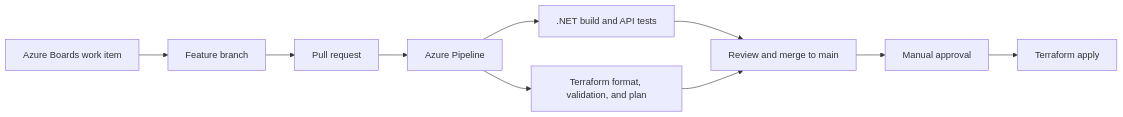
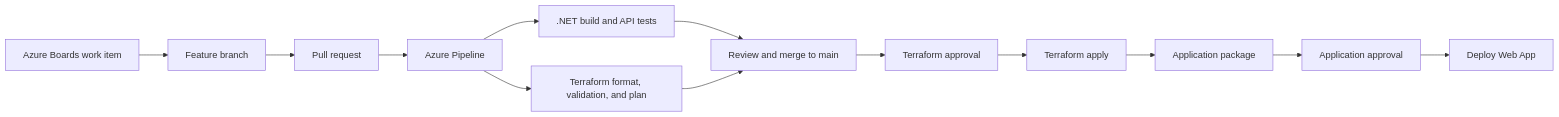
Before and after one commit to R-Cipher/azure-devops-lab: the diagram in README.md, drawn with Mermaid. The commit also changed other lines of this file and 1 other file, not shown here.

````diff
--- a/README.md
+++ b/README.md
@@ -17,12 +17,15 @@
 ```mermaid
 flowchart LR
     A["Azure Boards work item"] --> B["Feature branch"]
     B --> C["Pull request"]
     C --> D["Azure Pipeline"]
     D --> E[".NET build and API tests"]
     D --> F["Terraform format, validation, and plan"]
     E --> G["Review and merge to main"]
     F --> G
-    G --> H["Manual approval"]
+    G --> H["Terraform approval"]
     H --> I["Terraform apply"]
+    I --> J["Application package"]
+    J --> K["Application approval"]
+    K --> L["Deploy Web App"]
 ```
````
